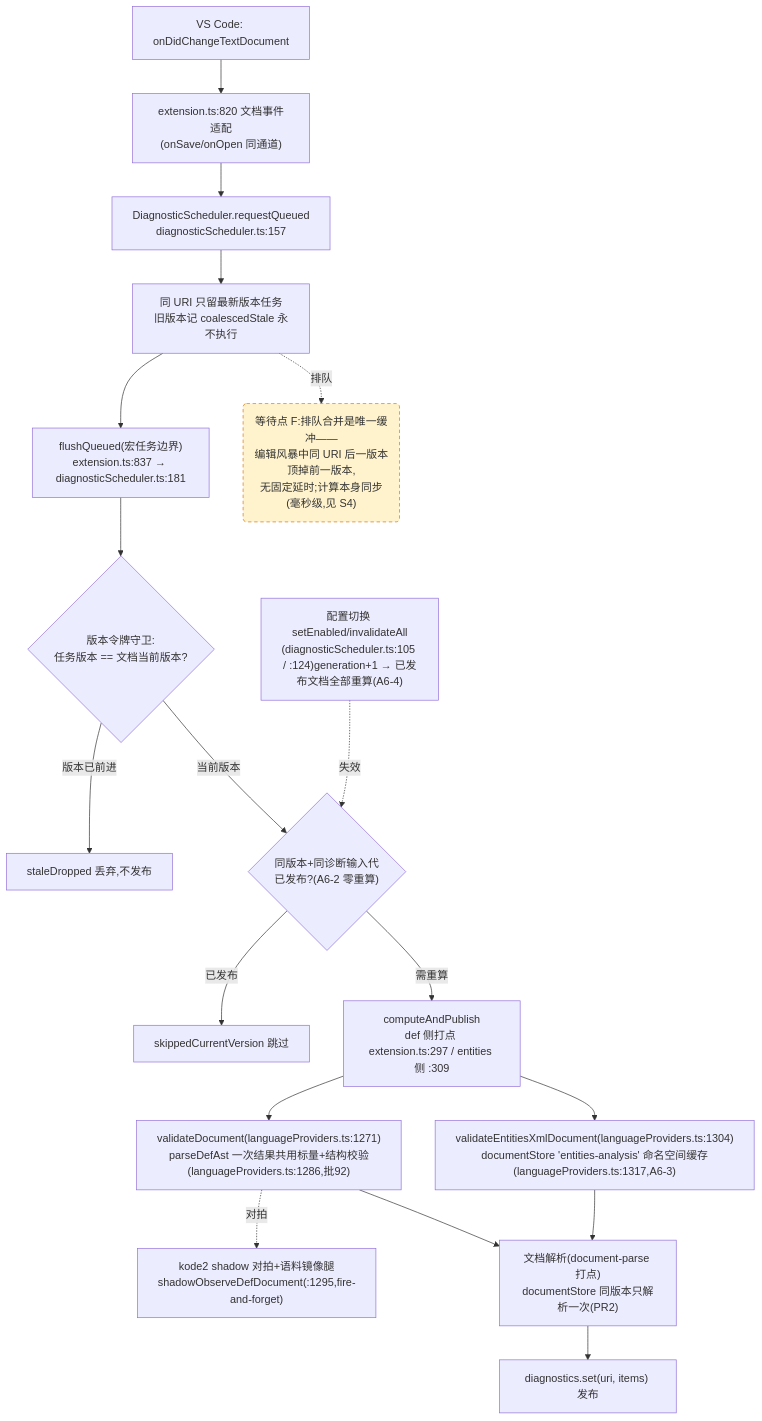
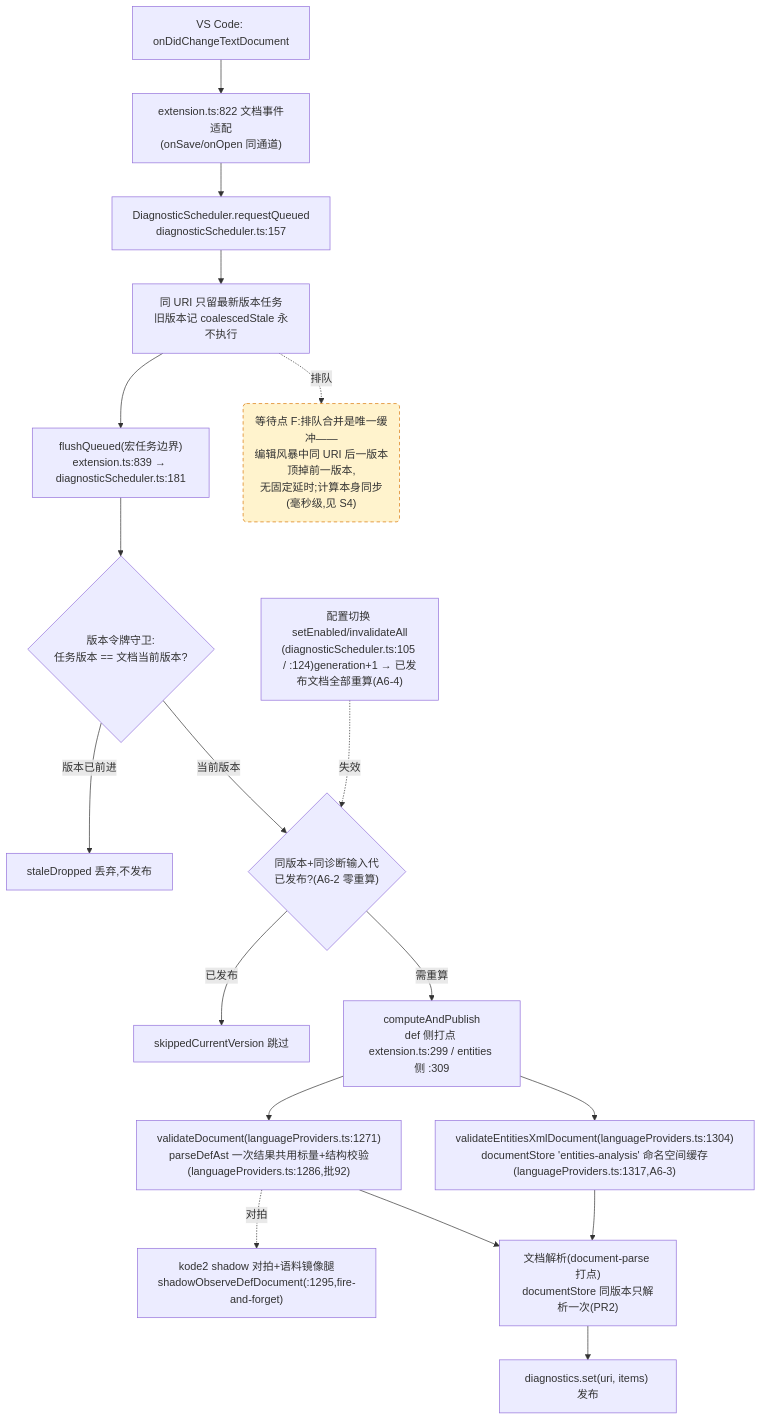
One commit to cuihairu/kode changed the fourth of 4 diagrams in docs/perf/2026-baseline.md. Above: the diagram before and after it, drawn with Mermaid. The commit also changed other lines of this file and 14 other files, not shown here.

````diff
--- a/docs/perf/2026-baseline.md
+++ b/docs/perf/2026-baseline.md
@@ -212,38 +212,38 @@
 ```mermaid
 flowchart TD
   CHG["VS Code: onDidChangeTextDocument"]
-  WATCH["extension.ts:820 文档事件适配<br/>(onSave/onOpen 同通道)"]
+  WATCH["extension.ts:822 文档事件适配<br/>(onSave/onOpen 同通道)"]
   RQ["DiagnosticScheduler.requestQueued<br/>diagnosticScheduler.ts:157"]
   CO["同 URI 只留最新版本任务<br/>旧版本记 coalescedStale 永不执行"]
-  FL["flushQueued(宏任务边界)<br/>extension.ts:837 → diagnosticScheduler.ts:181"]
+  FL["flushQueued(宏任务边界)<br/>extension.ts:839 → diagnosticScheduler.ts:181"]
   VG{"版本令牌守卫:<br/>任务版本 == 文档当前版本?"}
   DROP["staleDropped 丢弃,不发布"]
   GEN{"同版本+同诊断输入代<br/>已发布?(A6-2 零重算)"}
   SKIP["skippedCurrentVersion 跳过"]
-  CALC["computeAndPublish<br/>def 侧打点 extension.ts:297 / entities 侧 :309"]
+  CALC["computeAndPublish<br/>def 侧打点 extension.ts:299 / entities 侧 :309"]
   VD["validateDocument(languageProviders.ts:1271)<br/>parseDefAst 一次结果共用标量+结构校验(languageProviders.ts:1286,批92)"]
   VEX["validateEntitiesXmlDocument(languageProviders.ts:1304)<br/>documentStore 'entities-analysis' 命名空间缓存(languageProviders.ts:1317,A6-3)"]
   SHDD["kode2 shadow 对拍+语料镜像腿<br/>shadowObserveDefDocument(:1295,fire-and-forget)"]
   DS["文档解析(document-parse 打点)<br/>documentStore 同版本只解析一次(PR2)"]
   PUB["diagnostics.set(uri, items) 发布"]
   CFG2["配置切换 setEnabled/invalidateAll<br/>(diagnosticScheduler.ts:105 / :124)generation+1 → 已发布文档全部重算(A6-4)"]
 
   CHG --> WATCH --> RQ --> CO --> FL --> VG
   VG -- "版本已前进" --> DROP
   VG -- "当前版本" --> GEN
   GEN -- "已发布" --> SKIP
   GEN -- "需重算" --> CALC
   CALC --> VD
   CALC --> VEX
   VD --> DS
   VEX --> DS
   DS --> PUB
   VD -.->|对拍| SHDD
   CFG2 -.->|失效| GEN
 
   WAITF("等待点 F:排队合并是唯一缓冲——<br/>编辑风暴中同 URI 后一版本顶掉前一版本,<br/>无固定延时;计算本身同步(毫秒级,见 S4)")
   CO -.->|排队| WAITF
 
   classDef waitPoint fill:#fff3cd,stroke:#d97706,stroke-dasharray:5 4;
   class WAITF waitPoint;
 ```
````
